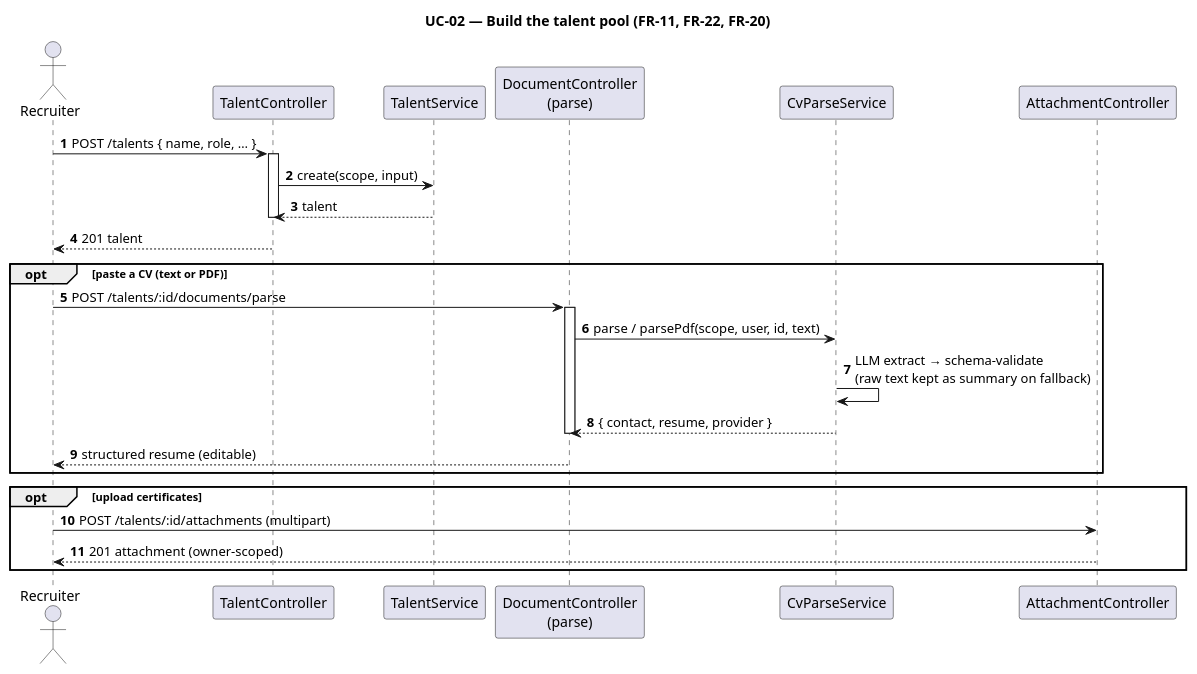
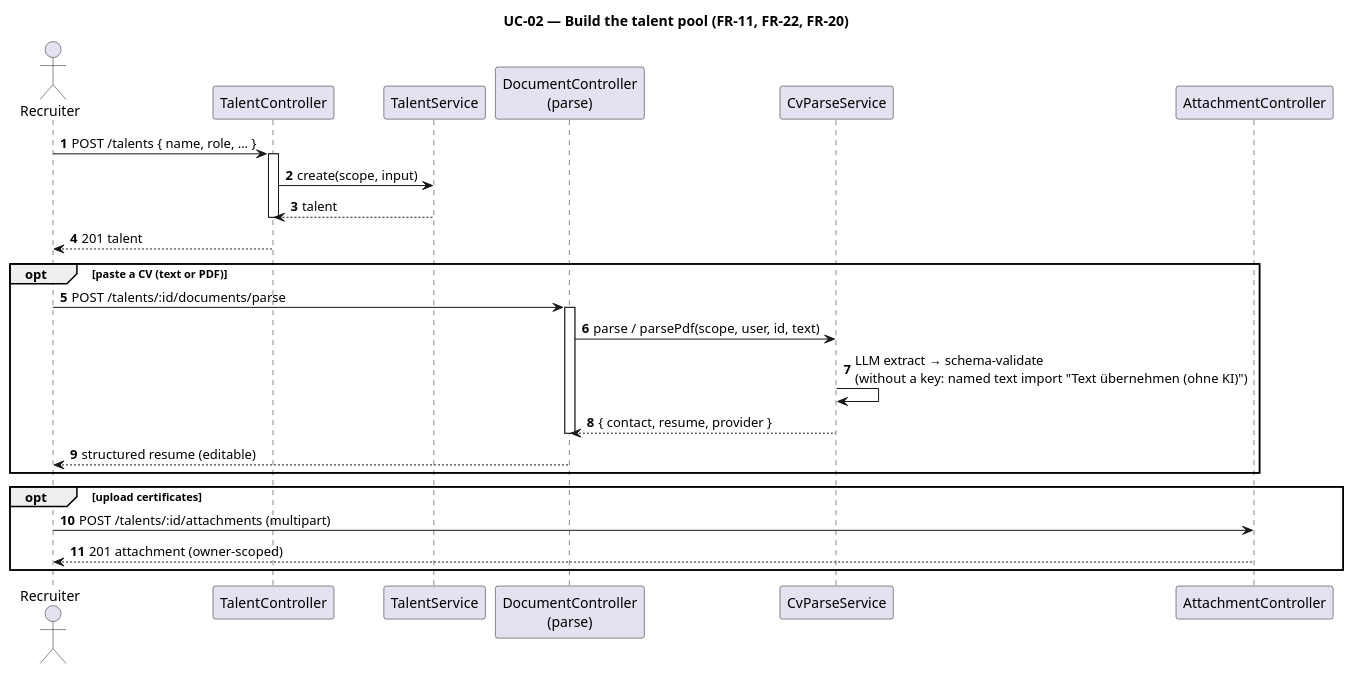
Before and after one commit to NexusHero/Resume: the diagram in docs/umls/usecases/uc02_build_pool.puml, drawn with PlantUML. The commit also changed 175 other files, not shown here.

```diff
--- a/docs/umls/usecases/uc02_build_pool.puml
+++ b/docs/umls/usecases/uc02_build_pool.puml
@@ -1,34 +1,34 @@
 @startuml uc02_build_pool
 title UC-02 — Build the talent pool (FR-11, FR-22, FR-20)
 
 skinparam shadowing false
 autonumber
 actor Recruiter
 participant TalentController as TC
 participant TalentService as TS
 participant "DocumentController\n(parse)" as DC
 participant CvParseService as CV
 participant "AttachmentController" as AC
 
 Recruiter -> TC : POST /talents { name, role, … }
 activate TC
 TC -> TS : create(scope, input)
 TS --> TC : talent
 deactivate TC
 TC --> Recruiter : 201 talent
 
 opt paste a CV (text or PDF)
   Recruiter -> DC : POST /talents/:id/documents/parse
   activate DC
   DC -> CV : parse / parsePdf(scope, user, id, text)
-  CV -> CV : LLM extract → schema-validate\n(raw text kept as summary on fallback)
+  CV -> CV : LLM extract → schema-validate\n(without a key: named text import "Text übernehmen (ohne KI)")
   CV --> DC : { contact, resume, provider }
   deactivate DC
   DC --> Recruiter : structured resume (editable)
 end
 
 opt upload certificates
   Recruiter -> AC : POST /talents/:id/attachments (multipart)
   AC --> Recruiter : 201 attachment (owner-scoped)
 end
 @enduml
```
